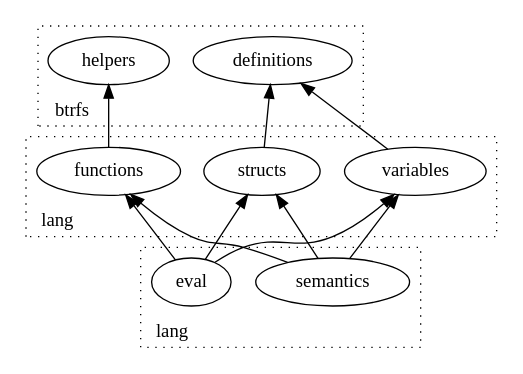
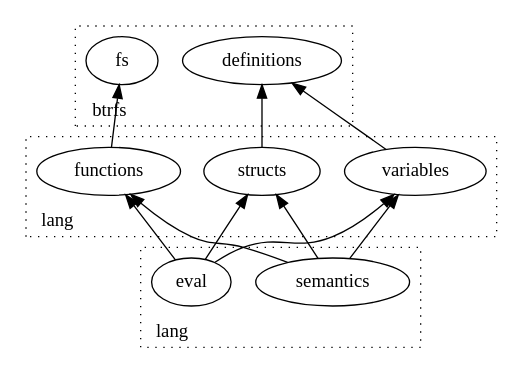
Before and after one commit to danobi/btrd: the diagram in docs/dot/architecture.dot, drawn with Graphviz. The commit also changed 2 other files, not shown here.

```diff
--- a/docs/dot/architecture.dot
+++ b/docs/dot/architecture.dot
@@ -1,32 +1,32 @@
 digraph F {
     rankdir = BT;
 
     subgraph cluster_0 {
         label = "btrfs";
         labeljust = "l";
         style = dotted;
         definitions;
-        helpers;
+        fs;
     }
     
     subgraph cluster_1 {
         label = "lang";
         labeljust = "l";
         style = dotted;
         variables -> definitions;
         structs -> definitions;
-        functions -> helpers;
+        functions -> fs;
     }
     
     subgraph cluster_2 {
         label = "lang";
         labeljust = "l";
         style = dotted;
         semantics -> variables;
         semantics -> structs;
         semantics -> functions;
         eval -> variables;
         eval -> structs;
         eval -> functions;
     }
 }
```
